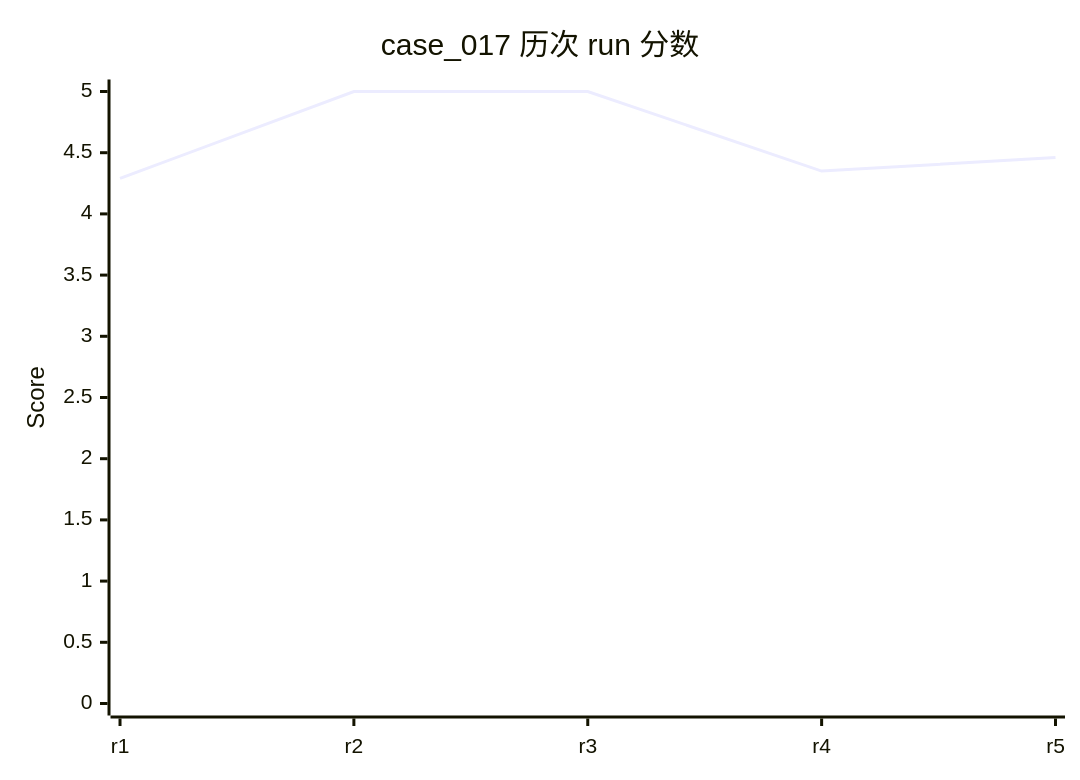
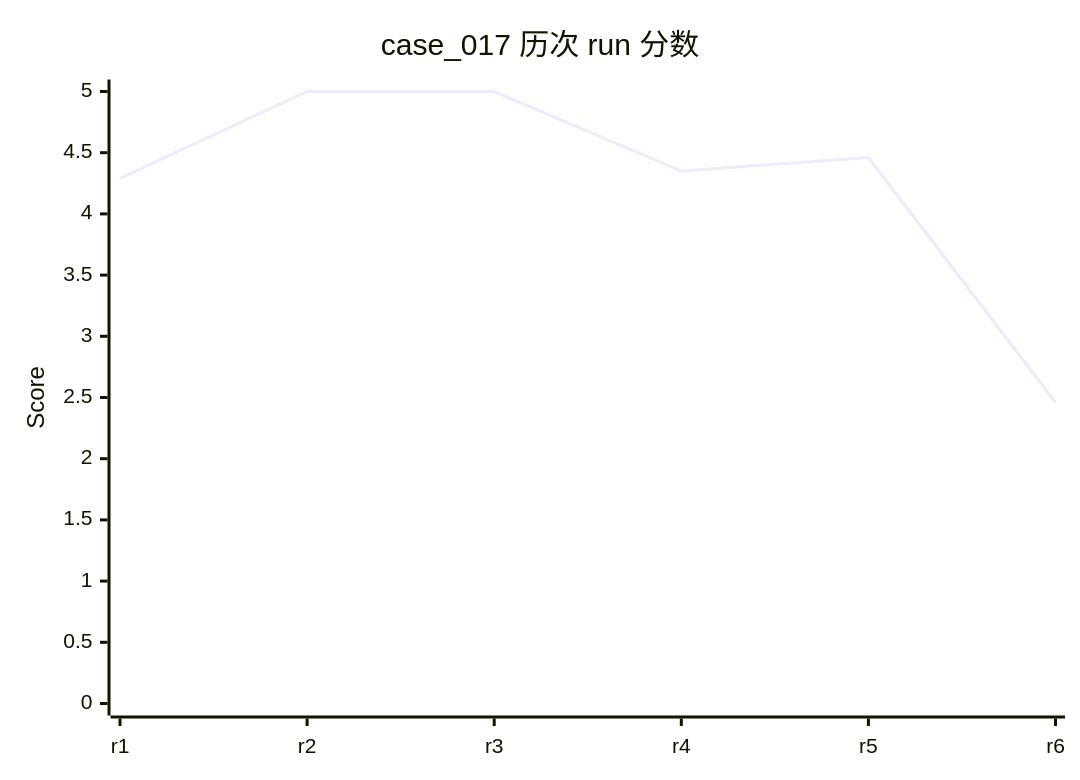
Diagram 21 of 58 in evals/DASHBOARD.md (rushengzhou/sid-code), drawn with Mermaid before and after one commit. The commit also changed other lines of this file and 108 other files, not shown here.

````diff
--- a/evals/DASHBOARD.md
+++ b/evals/DASHBOARD.md
@@ -479,7 +480,7 @@
 ```mermaid
 xychart-beta
     title "case_017 历次 run 分数"
-    x-axis [r1, r2, r3, r4, r5]
+    x-axis [r1, r2, r3, r4, r5, r6]
     y-axis "Score" 0 --> 5
-    line [4.29, 5.00, 5.00, 4.35, 4.46]
+    line [4.29, 5.00, 5.00, 4.35, 4.46, 2.46]
 ```
````
